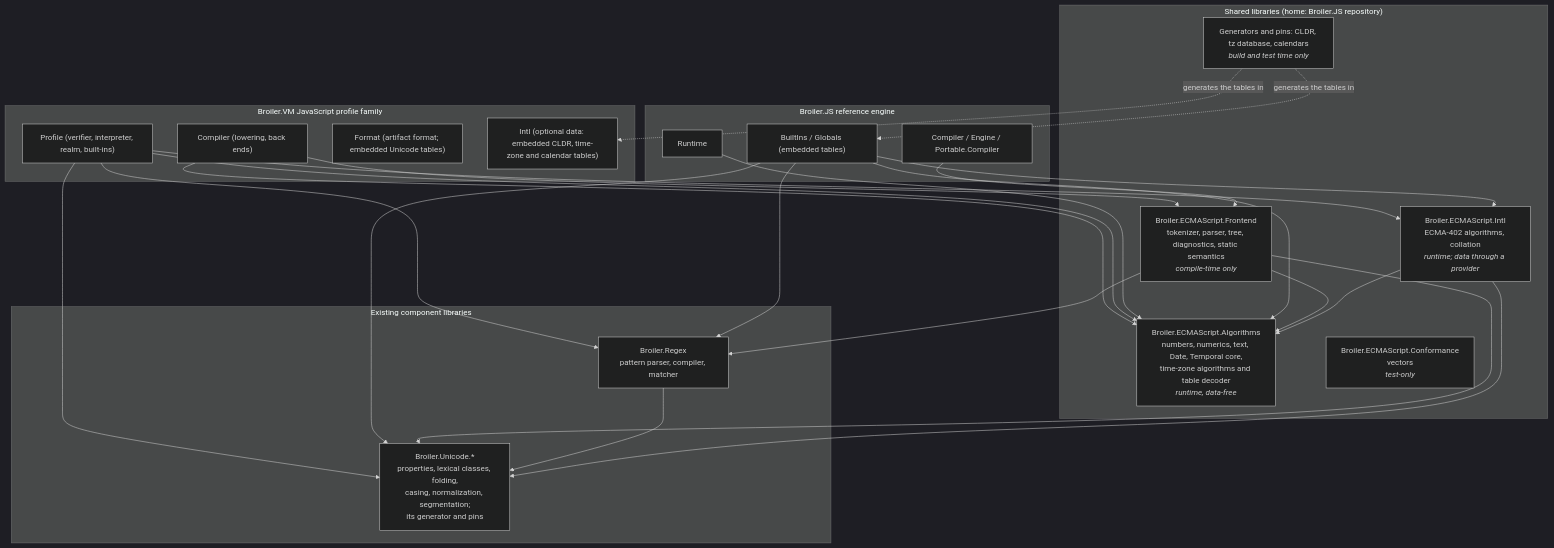
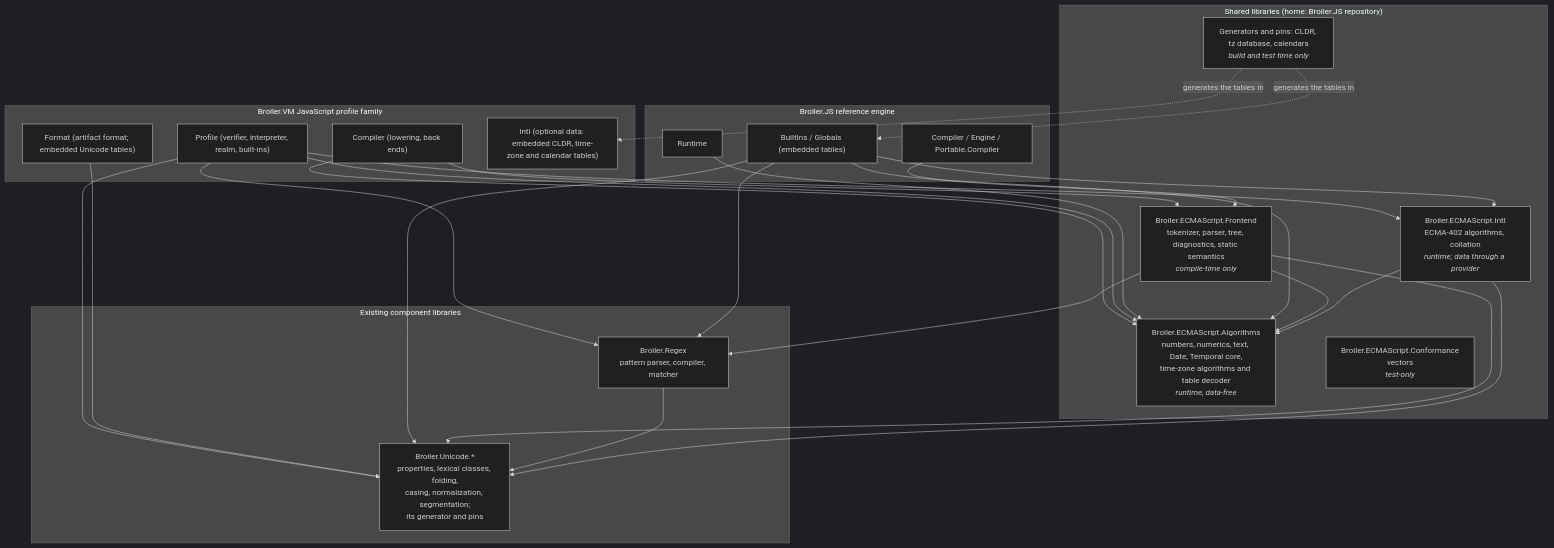
One commit to Broiler-Platform/Broiler.VM changed the diagram in docs/javascript-shared-libraries/architecture.md. Above: the diagram before and after it, drawn with Mermaid (dark theme). The commit also changed other lines of this file and 19 other files, not shown here.

````diff
--- a/docs/javascript-shared-libraries/architecture.md
+++ b/docs/javascript-shared-libraries/architecture.md
@@ -30,49 +30,50 @@
 ```mermaid
 flowchart TD
     subgraph VM["Broiler.VM JavaScript profile family"]
         VMC["Compiler (lowering, back ends)"]
         VMP["Profile (verifier, interpreter, realm, built-ins)"]
         VMF["Format (artifact format; embedded Unicode tables)"]
         VMI["Intl (optional data: embedded CLDR, time-zone and calendar tables)"]
     end
 
     subgraph BJS["Broiler.JS reference engine"]
         BJC["Compiler / Engine / Portable.Compiler"]
         BJR["Runtime"]
         BJB["BuiltIns / Globals (embedded tables)"]
     end
 
     subgraph SH["Shared libraries (home: Broiler.JS repository)"]
         FE["Broiler.ECMAScript.Frontend<br/>tokenizer, parser, tree, diagnostics, static semantics<br/><i>compile-time only</i>"]
         ALG["Broiler.ECMAScript.Algorithms<br/>numbers, numerics, text, Date, Temporal core,<br/>time-zone algorithms and table decoder<br/><i>runtime, data-free</i>"]
         INTL["Broiler.ECMAScript.Intl<br/>ECMA-402 algorithms, collation<br/><i>runtime; data through a provider</i>"]
         GEN["Generators and pins: CLDR, tz database, calendars<br/><i>build and test time only</i>"]
         VEC["Broiler.ECMAScript.Conformance<br/>vectors<br/><i>test-only</i>"]
     end
 
     subgraph CO["Existing component libraries"]
         UNI["Broiler.Unicode.*<br/>properties, lexical classes, folding,<br/>casing, normalization, segmentation;<br/>its generator and pins"]
         RX["Broiler.Regex<br/>pattern parser, compiler, matcher"]
     end
 
     VMC --> FE
     VMC --> ALG
     VMP --> ALG
     VMP --> INTL
     VMP --> UNI
+    VMF --> UNI
     VMP --> RX
     BJC --> FE
     BJR --> ALG
     BJB --> ALG
     BJB --> INTL
     BJB --> UNI
     BJB --> RX
     FE --> ALG
     FE --> UNI
     FE --> RX
     RX --> UNI
     INTL --> ALG
     INTL --> UNI
     GEN -. generates the tables in .-> VMI
     GEN -. generates the tables in .-> BJB
 ```
````
